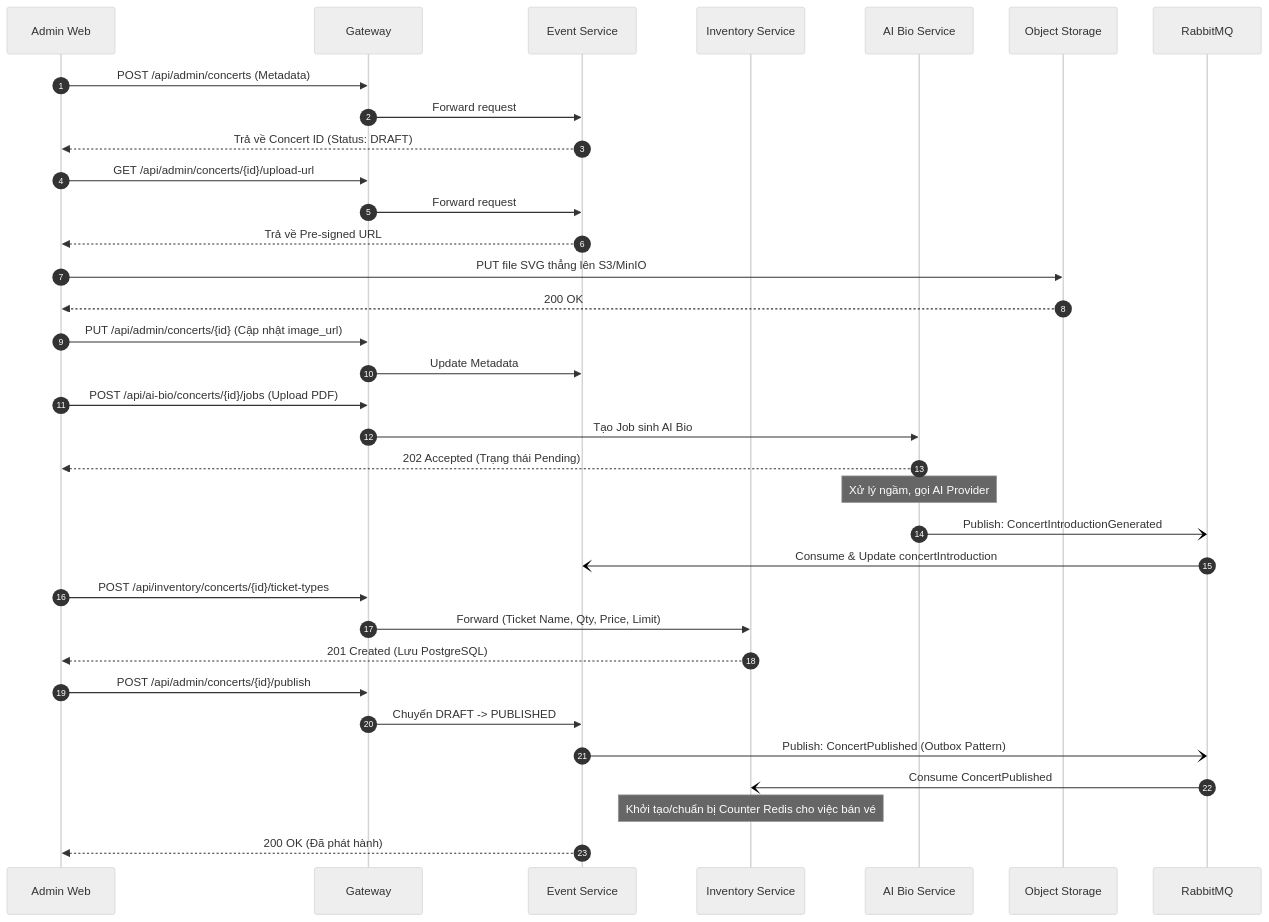
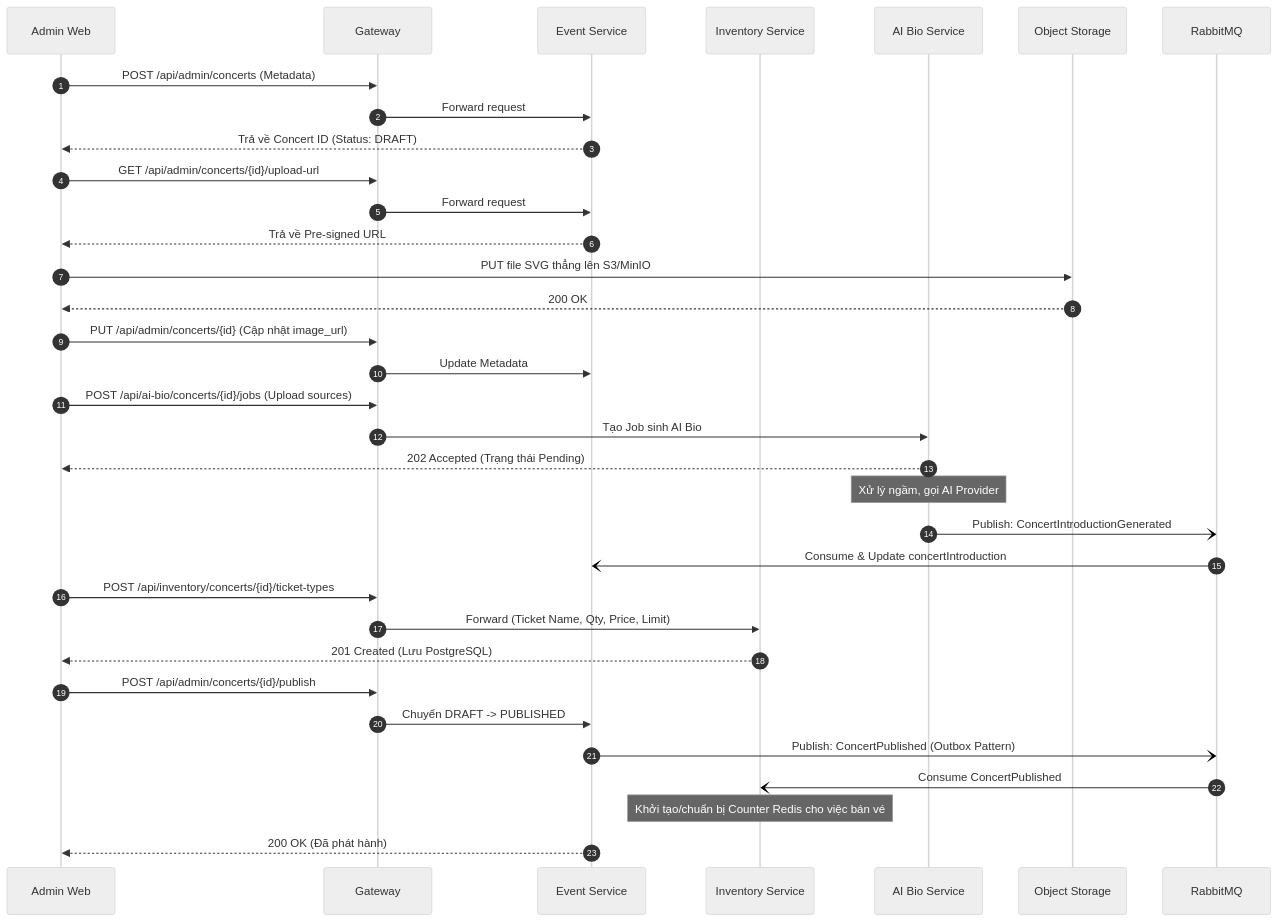
The diagram in docs/contracts/flows/concert-management-flow.md (software-design-138gogo/tickefy-backend), drawn with Mermaid (neutral theme) before and after one commit. The commit also changed other lines of this file and 50 other files, not shown here.

````diff
--- a/docs/contracts/flows/concert-management-flow.md
+++ b/docs/contracts/flows/concert-management-flow.md
@@ -39,46 +39,46 @@
 ```mermaid
 sequenceDiagram
     autonumber
     participant Client as Admin Web
     participant Gateway
     participant Event as Event Service
     participant Inventory as Inventory Service
     participant AiBio as AI Bio Service
     participant S3 as Object Storage
     participant MQ as RabbitMQ
 
     %% Bước 1: Tạo Metadata Concert
     Client->>Gateway: POST /api/admin/concerts (Metadata)
     Gateway->>Event: Forward request
     Event-->>Client: Trả về Concert ID (Status: DRAFT)
     
     %% Bước 2: Upload Seatmap SVG
     Client->>Gateway: GET /api/admin/concerts/{id}/upload-url
     Gateway->>Event: Forward request
     Event-->>Client: Trả về Pre-signed URL
     Client->>S3: PUT file SVG thẳng lên S3/MinIO
     S3-->>Client: 200 OK
     Client->>Gateway: PUT /api/admin/concerts/{id} (Cập nhật image_url)
     Gateway->>Event: Update Metadata
     
     %% Bước 3: Tạo AI Bio
-    Client->>Gateway: POST /api/ai-bio/concerts/{id}/jobs (Upload PDF)
+    Client->>Gateway: POST /api/ai-bio/concerts/{id}/jobs (Upload sources)
     Gateway->>AiBio: Tạo Job sinh AI Bio
     AiBio-->>Client: 202 Accepted (Trạng thái Pending)
     Note over AiBio: Xử lý ngầm, gọi AI Provider
     AiBio-)MQ: Publish: ConcertIntroductionGenerated
     MQ-)Event: Consume & Update concertIntroduction
     
     %% Bước 4: Tạo Ticket Types
     Client->>Gateway: POST /api/inventory/concerts/{id}/ticket-types
     Gateway->>Inventory: Forward (Ticket Name, Qty, Price, Limit)
     Inventory-->>Client: 201 Created (Lưu PostgreSQL)
     
     %% Bước 5: Phát hành (Publish)
     Client->>Gateway: POST /api/admin/concerts/{id}/publish
     Gateway->>Event: Chuyển DRAFT -> PUBLISHED
     Event-)MQ: Publish: ConcertPublished (Outbox Pattern)
     MQ-)Inventory: Consume ConcertPublished
     Note over Inventory: Khởi tạo/chuẩn bị Counter Redis cho việc bán vé
     Event-->>Client: 200 OK (Đã phát hành)
 ```
````
